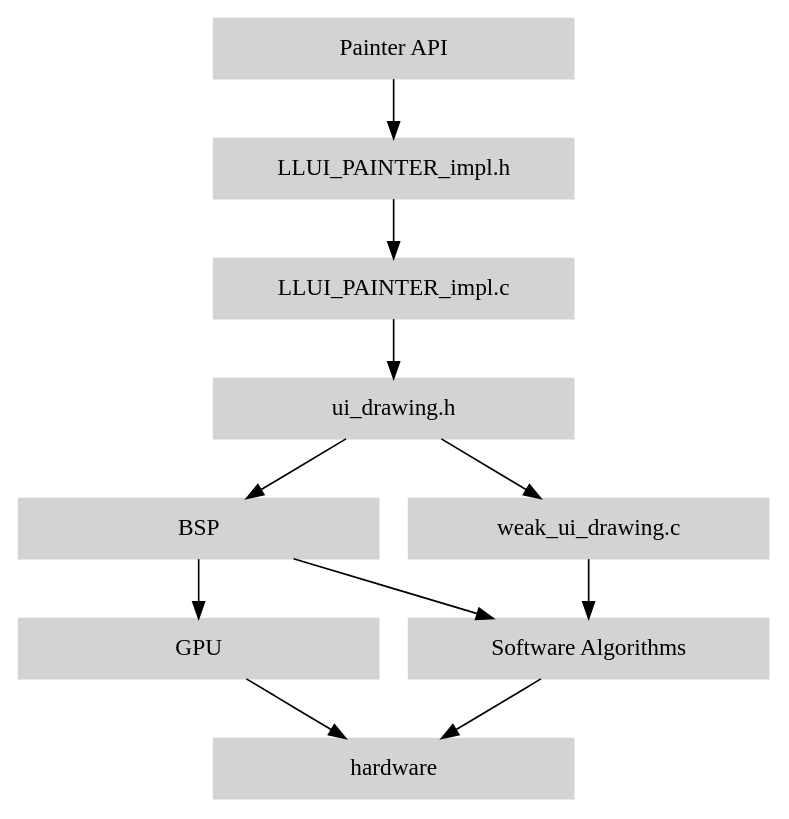
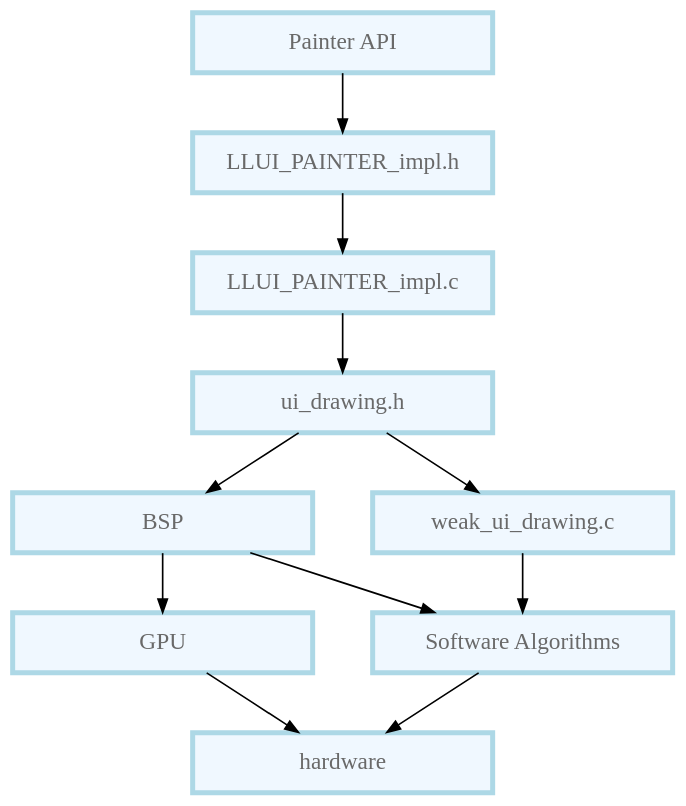
One commit to MicroEJ/docs changed the diagram in PlatformDeveloperGuide/uiImageCore.rst. Above: the diagram before and after it, drawn with Graphviz. The commit also changed 2 other files, not shown here.

Commit message:
improve graphviz drawings

```diff
--- a/PlatformDeveloperGuide/uiImageCore.rst
+++ b/PlatformDeveloperGuide/uiImageCore.rst
@@ -17,24 +17,43 @@
 .. graphviz::
 
    digraph {
+   
+      graph [
+         overlap=false
+         splines=true
+         nodesep=0.5
+         ranksep=0.5
+         bgcolor="transparent"
+         center=1
+      ];
+         
+      node [
+         fixedsize=true,
+         fontname="Ubuntu"
+         fontsize=14
+         fontcolor=dimgray
+         height=0.5
+         width=2.5
+         shape=box
+         fillcolor=aliceblue
+         color="lightblue"
+         style="filled,setlinewidth(3)",
+      ];
+            
+      edge [
+         arrowsize=0.8
+      ];
       
-      { 
-         node [shape=rect color="lightgray" style="filled" ffixedsize=true width=3]
-         app bsp gpu algo llapi llimpl drawApi weak hard
-      }
-      
-      {
-         app [label="Painter API"]
-         bsp [label="BSP"]
-         gpu [label="GPU"]
-         algo [label="Software Algorithms"]
-         llapi  [label="LLUI_PAINTER_impl.h"]
-         llimpl  [label="LLUI_PAINTER_impl.c"]         
-         drawApi  [label="ui_drawing.h"]
-         weak  [label="weak_ui_drawing.c"]
-         hard  [label="hardware"]
-      }  
+      app [label="Painter API"]
+      bsp [label="BSP"]
+      gpu [label="GPU"]
+      algo [label="Software Algorithms"]
+      llapi  [label="LLUI_PAINTER_impl.h"]
+      llimpl  [label="LLUI_PAINTER_impl.c"]         
+      drawApi  [label="ui_drawing.h"]
+      weak  [label="weak_ui_drawing.c"]
+      hard  [label="hardware"]
 
       app -> llapi -> llimpl -> drawApi -> {weak bsp} -> algo -> hard
       bsp -> gpu -> hard
    }
```
